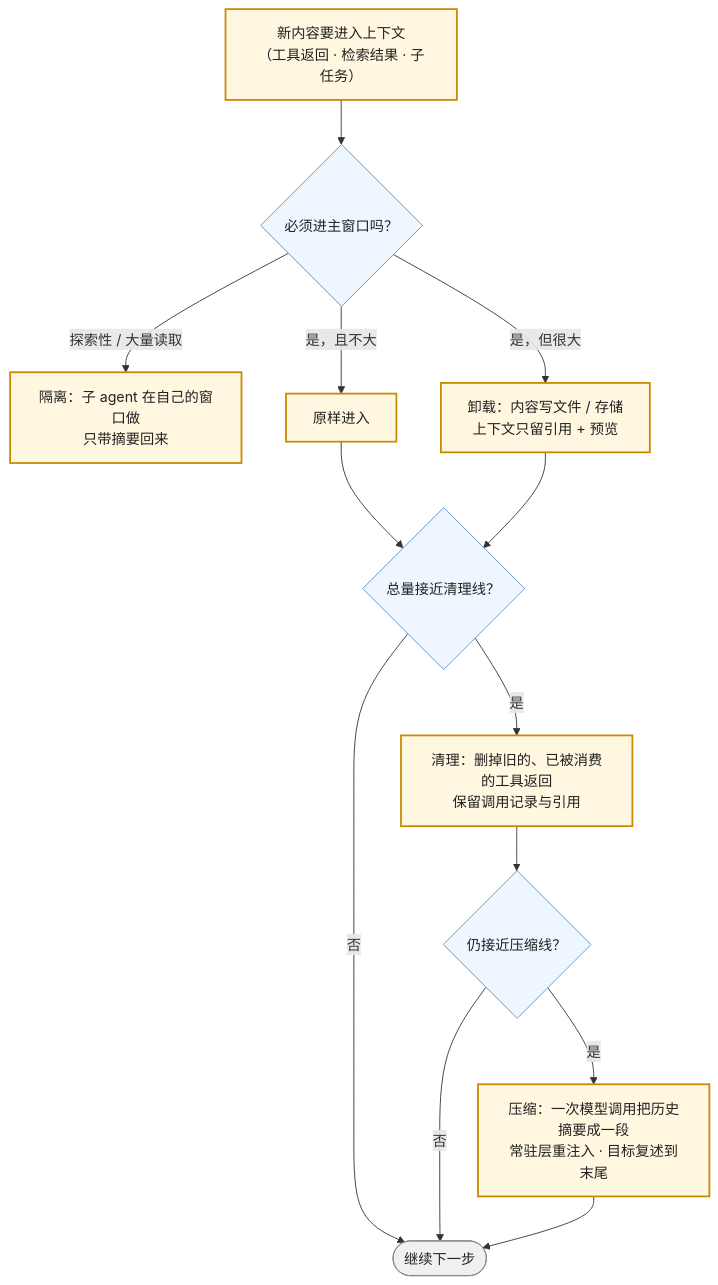
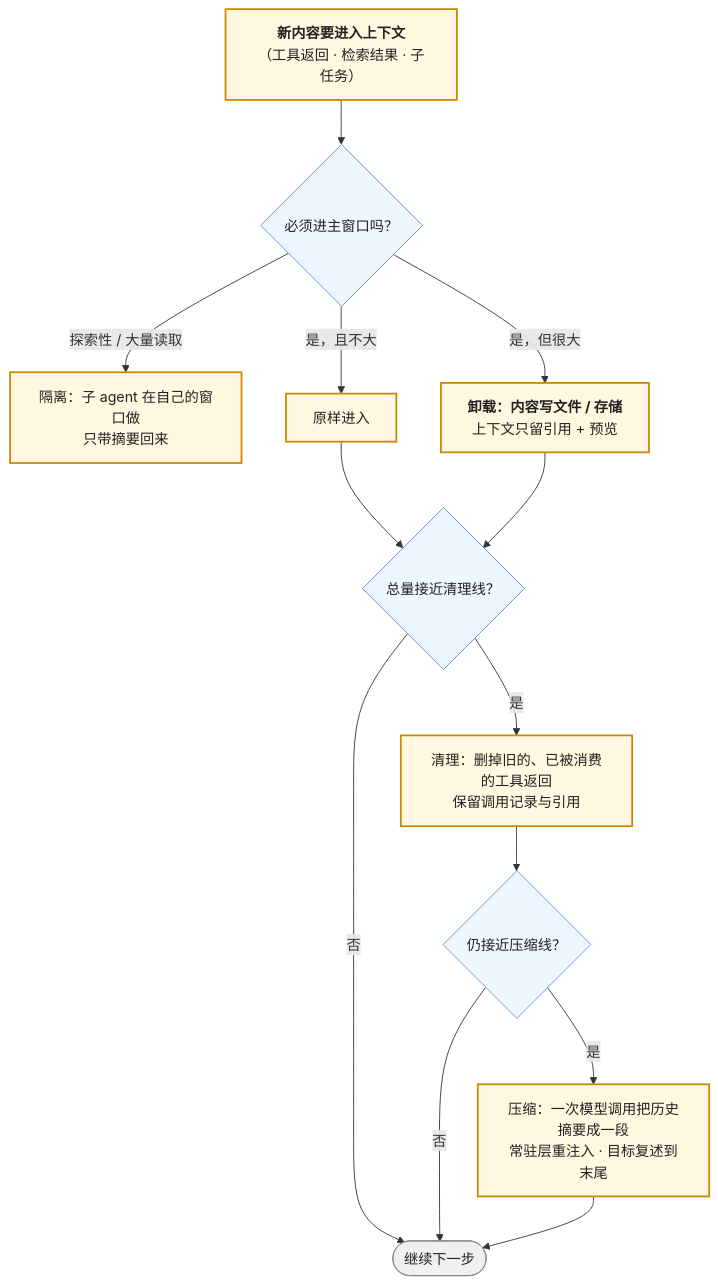
The first of 6 diagrams in _posts/2026-10-09-context-budgeting-offloading-and-compaction.md (arganzheng/arganzheng.github.com), drawn with Mermaid before and after one commit. The commit also changed other lines of this file and 6 other files, not shown here.

First line of the commit message:
Prompt 与上下文工程：模型这一步该看到什么：Mermaid 多行方框的首行标为标题（7 篇）

````diff
--- a/_posts/2026-10-09-context-budgeting-offloading-and-compaction.md
+++ b/_posts/2026-10-09-context-budgeting-offloading-and-compaction.md
@@ -22,23 +22,23 @@
 ```mermaid
 %% 图：新内容进入上下文的处理顺序：先判断隔离、卸载或原样进入，接近清理线先清理，仍接近压缩线再压缩
 flowchart TB
-    IN["新内容要进入上下文<br/>（工具返回 · 检索结果 · 子任务）"] --> Q1{"必须进主窗口吗？"}
+    IN["<b>新内容要进入上下文</b><br/>（工具返回 · 检索结果 · 子任务）"] --> Q1{"必须进主窗口吗？"}
     Q1 -->|"探索性 / 大量读取"| ISO["隔离：子 agent 在自己的窗口做<br/>只带摘要回来"]
-    Q1 -->|"是，但很大"| OFF["卸载：内容写文件 / 存储<br/>上下文只留引用 + 预览"]
+    Q1 -->|"是，但很大"| OFF["<b>卸载：内容写文件 / 存储</b><br/>上下文只留引用 + 预览"]
     Q1 -->|"是，且不大"| ADD["原样进入"]
     ADD --> Q2{"总量接近清理线？"}
     OFF --> Q2
     Q2 -->|"是"| CLR["清理：删掉旧的、已被消费的工具返回<br/>保留调用记录与引用"]
     Q2 -->|"否"| GO(["继续下一步"])
     CLR --> Q3{"仍接近压缩线？"}
     Q3 -->|"是"| CMP["压缩：一次模型调用把历史摘要成一段<br/>常驻层重注入 · 目标复述到末尾"]
     Q3 -->|"否"| GO
     CMP --> GO
 
     classDef step fill:#fff7e0,stroke:#c98a00,stroke-width:2px,color:#222
     classDef dec fill:#eef6ff,stroke:#5b8fd6,color:#222
     classDef stop fill:#f0f0f0,stroke:#888,color:#222
     class IN,ISO,OFF,ADD,CLR,CMP step
     class Q1,Q2,Q3 dec
     class GO stop
 ```
````
